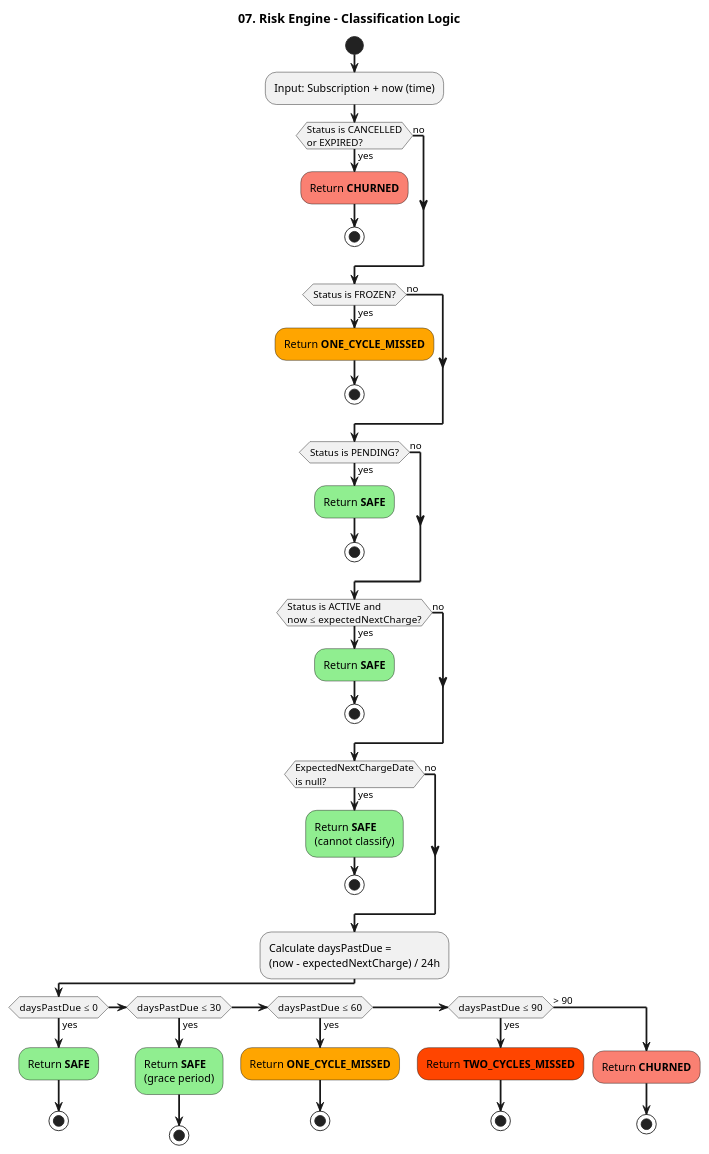
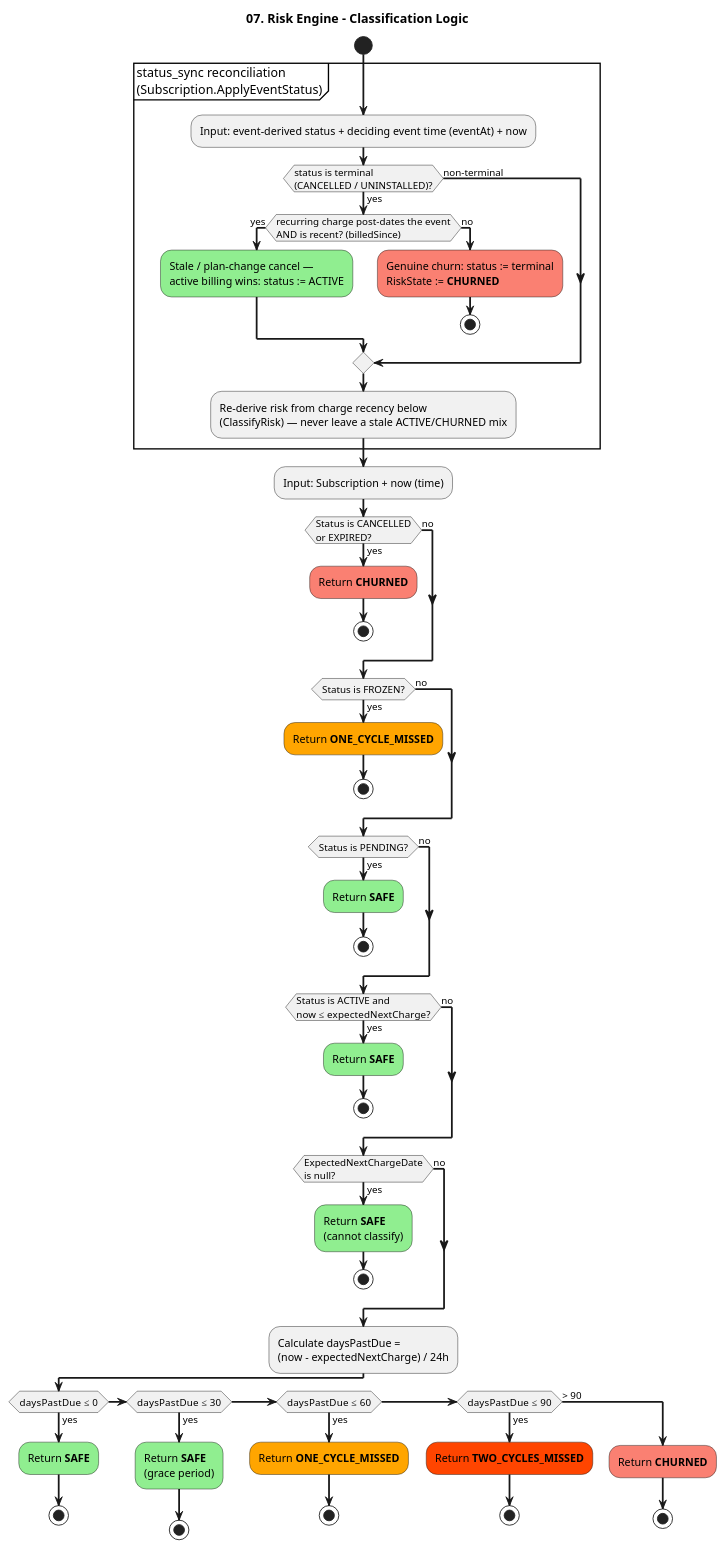
One commit to sachin-sivadasan/ledgerguard changed the diagram in docs/diagrams/puml/07-risk-engine-activity.puml. Above: the diagram before and after it, drawn with PlantUML. The commit also changed 11 other files, not shown here.

First line of the commit message:
fix(risk): snapshot after status reconciliation — Dashboard converges with Subs/Risk (RISK-1) (#50)

```diff
--- a/docs/diagrams/puml/07-risk-engine-activity.puml
+++ b/docs/diagrams/puml/07-risk-engine-activity.puml
@@ -1,59 +1,73 @@
 @startuml
 title 07. Risk Engine – Classification Logic
 
 skinparam activityArrowThickness 2
 
 start
+
+partition "status_sync reconciliation\n(Subscription.ApplyEventStatus)" {
+  :Input: event-derived status + deciding event time (eventAt) + now;
+  if (status is terminal\n(CANCELLED / UNINSTALLED)?) then (yes)
+    if (recurring charge post-dates the event\nAND is recent? (billedSince)) then (yes)
+      #lightgreen:Stale / plan-change cancel —\nactive billing wins: status := ACTIVE;
+    else (no)
+      #salmon:Genuine churn: status := terminal\nRiskState := **CHURNED**;
+      stop
+    endif
+  else (non-terminal)
+  endif
+  :Re-derive risk from charge recency below\n(ClassifyRisk) — never leave a stale ACTIVE/CHURNED mix;
+}
 
 :Input: Subscription + now (time);
 
 if (Status is CANCELLED\nor EXPIRED?) then (yes)
   #salmon:Return **CHURNED**;
   stop
 else (no)
 endif
 
 if (Status is FROZEN?) then (yes)
   #orange:Return **ONE_CYCLE_MISSED**;
   stop
 else (no)
 endif
 
 if (Status is PENDING?) then (yes)
   #lightgreen:Return **SAFE**;
   stop
 else (no)
 endif
 
 if (Status is ACTIVE and\nnow ≤ expectedNextCharge?) then (yes)
   #lightgreen:Return **SAFE**;
   stop
 else (no)
 endif
 
 if (ExpectedNextChargeDate\nis null?) then (yes)
   #lightgreen:Return **SAFE**\n(cannot classify);
   stop
 else (no)
 endif
 
 :Calculate daysPastDue =\n(now - expectedNextCharge) / 24h;
 
 if (daysPastDue ≤ 0) then (yes)
   #lightgreen:Return **SAFE**;
   stop
 elseif (daysPastDue ≤ 30) then (yes)
   #lightgreen:Return **SAFE**\n(grace period);
   stop
 elseif (daysPastDue ≤ 60) then (yes)
   #orange:Return **ONE_CYCLE_MISSED**;
   stop
 elseif (daysPastDue ≤ 90) then (yes)
   #OrangeRed:Return **TWO_CYCLES_MISSED**;
   stop
 else (> 90)
   #salmon:Return **CHURNED**;
   stop
 endif
 
 @enduml
```
